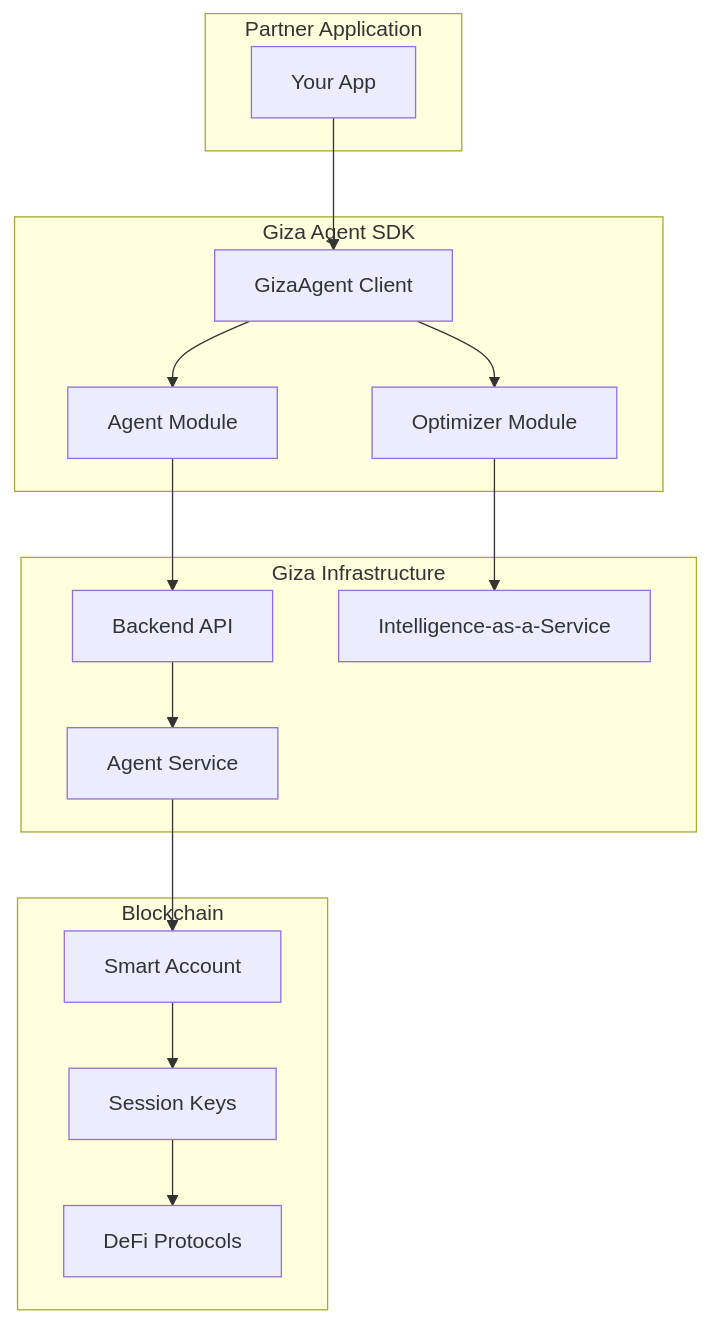
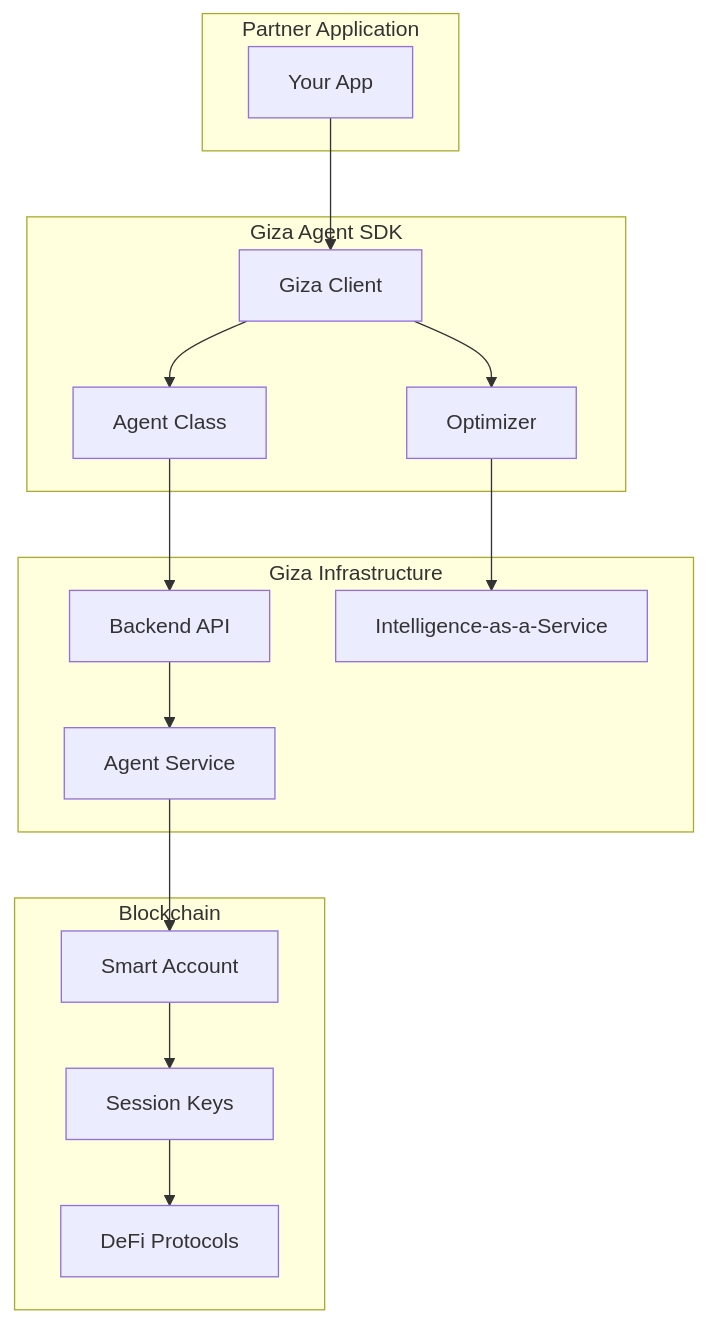
Before and after one commit to gizatechxyz/giza-hub: the first of 2 diagrams in docs/concepts/overview.mdx, drawn with Mermaid. The commit also changed other lines of this file and 70 other files, not shown here.

````diff
--- a/docs/concepts/overview.mdx
+++ b/docs/concepts/overview.mdx
@@ -12,34 +12,34 @@
 ```mermaid
 graph TB
     subgraph "Partner Application"
         A[Your App]
     end
-    
+
     subgraph "Giza Agent SDK"
-        B[GizaAgent Client]
-        C[Agent Module]
-        D[Optimizer Module]
+        B[Giza Client]
+        C[Agent Class]
+        D[Optimizer]
     end
-    
+
     subgraph "Giza Infrastructure"
         E[Backend API]
         F[Agent Service]
         G[Intelligence-as-a-Service]
     end
-    
+
     subgraph "Blockchain"
         H[Smart Account]
         I[Session Keys]
         J[DeFi Protocols]
     end
-    
+
     A --> B
     B --> C
     B --> D
     C --> E
     D --> G
     E --> F
     F --> H
     H --> I
     I --> J
 ```
````
